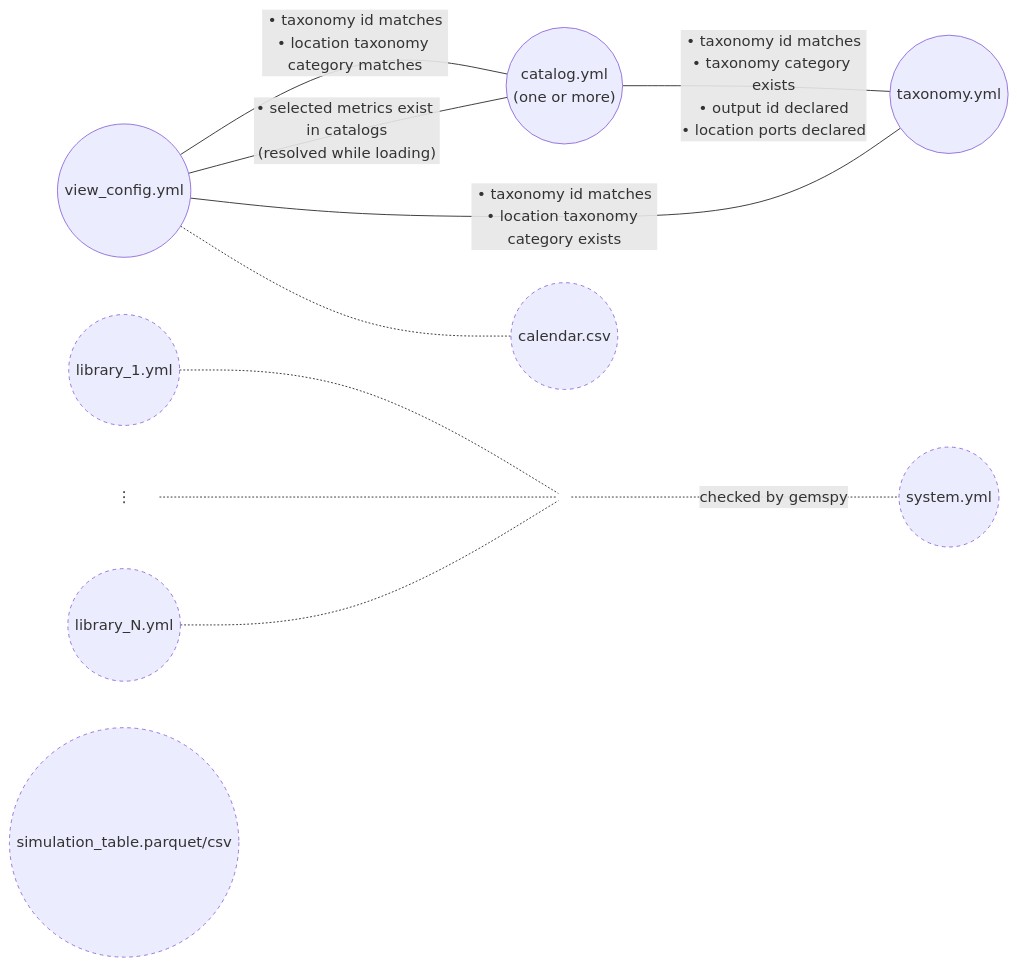
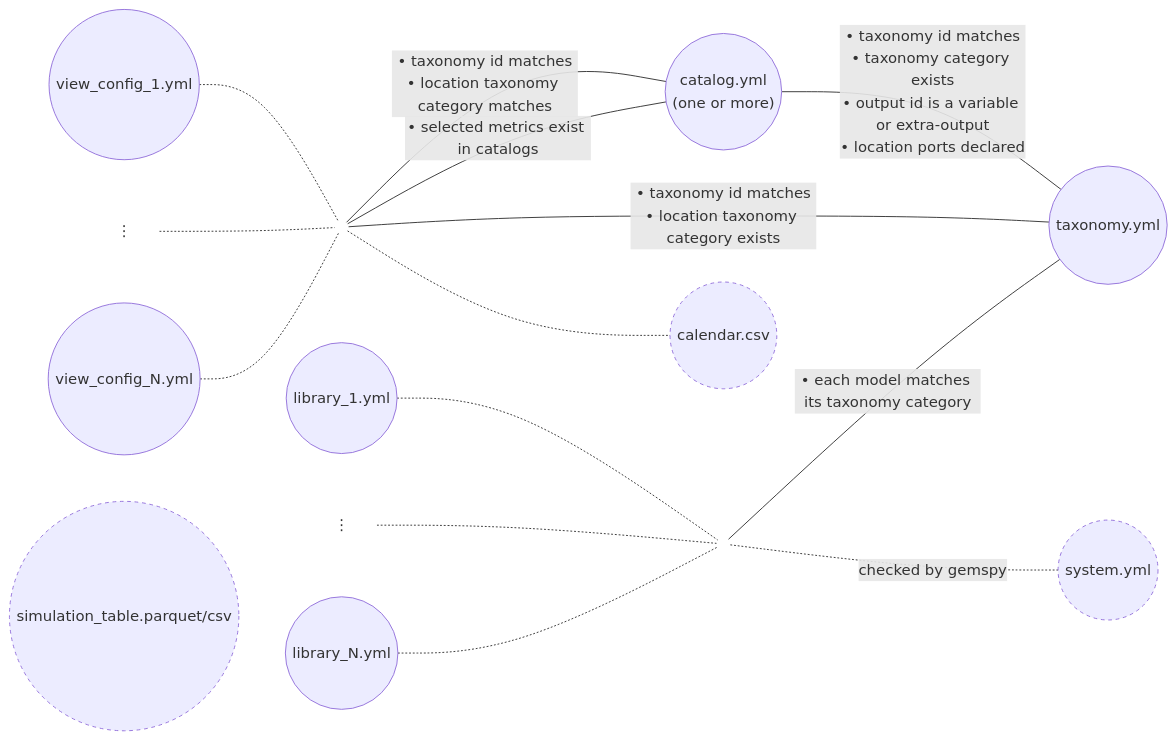
Before and after one commit to AntaresSimulatorTeam/GEMS-ViewsBuilder: the diagram in docs/input_validation_diagram.md, drawn with Mermaid. The commit also changed other lines of this file and 25 other files, not shown here.

First line of the commit message:
feat(validation): introduce library and taxonomy validation logic (#188)

````diff
--- a/docs/input_validation_diagram.md
+++ b/docs/input_validation_diagram.md
@@ -6,29 +6,36 @@
 ```mermaid
 graph LR
     catalog(("catalog.yml<br/>(one or more)"))
     taxonomy(("taxonomy.yml"))
-    view_config(("view_config.yml"))
+    view_config_1(("view_config_1.yml"))
+    view_config_dots["⋮"]
+    view_config_n(("view_config_N.yml"))
+    view_config_join((" "))
     library_1(("library_1.yml"))
     library_dots["⋮"]
     library_n(("library_N.yml"))
     library_join((" "))
     system(("system.yml"))
     simulation_table(("simulation_table.parquet/csv"))
     calendar(("calendar.csv"))
 
-    catalog -- "• taxonomy id matches<br/>• taxonomy category exists<br/>• output id declared<br/>• location ports declared" --- taxonomy
-    view_config -- "• taxonomy id matches<br/>• location taxonomy category exists" --- taxonomy
-    view_config -- "• taxonomy id matches<br/>• location taxonomy category matches" --- catalog
-    view_config -- "• selected metrics exist in catalogs<br/>(resolved while loading)" --- catalog
+    catalog -- "• taxonomy id matches<br/>• taxonomy category exists<br/>• output id is a variable or extra-output<br/>• location ports declared" --- taxonomy
+    view_config_1 -.- view_config_join
+    view_config_dots -.- view_config_join
+    view_config_n -.- view_config_join
+    view_config_join -- "• taxonomy id matches<br/>• location taxonomy category exists" --- taxonomy
+    view_config_join -- "• taxonomy id matches<br/>• location taxonomy category matches" --- catalog
+    view_config_join -- "• selected metrics exist in catalogs" --- catalog
 
     library_1 -.- library_join
     library_dots -.- library_join
     library_n -.- library_join
+    library_join -- "• each model matches its taxonomy category" --- taxonomy
     library_join -. "checked by gemspy" .- system
-    view_config -.- calendar
+    view_config_join -.- calendar
 
     classDef unvalidated stroke-dasharray: 4 4;
     classDef plain stroke: none, fill: none;
-    class library_1,library_n,system,simulation_table,calendar unvalidated;
-    class library_dots,library_join plain;
+    class system,simulation_table,calendar unvalidated;
+    class library_dots,library_join,view_config_dots,view_config_join plain;
 ```
````
